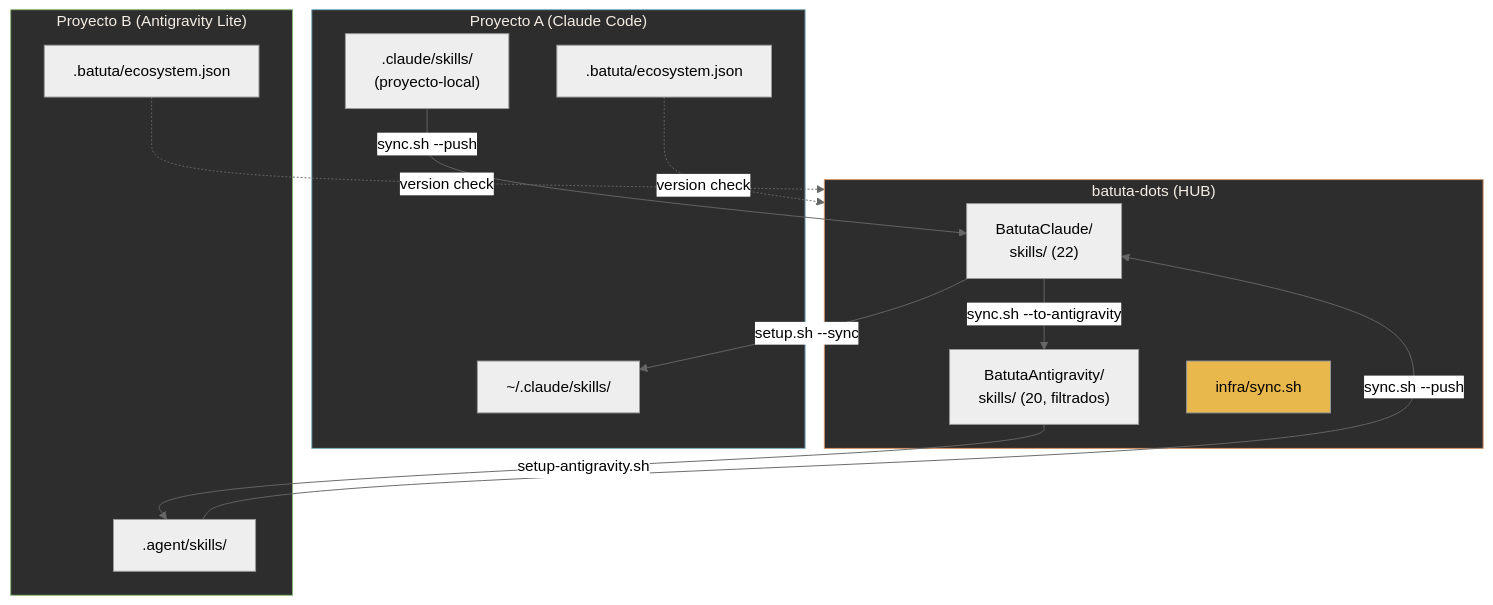
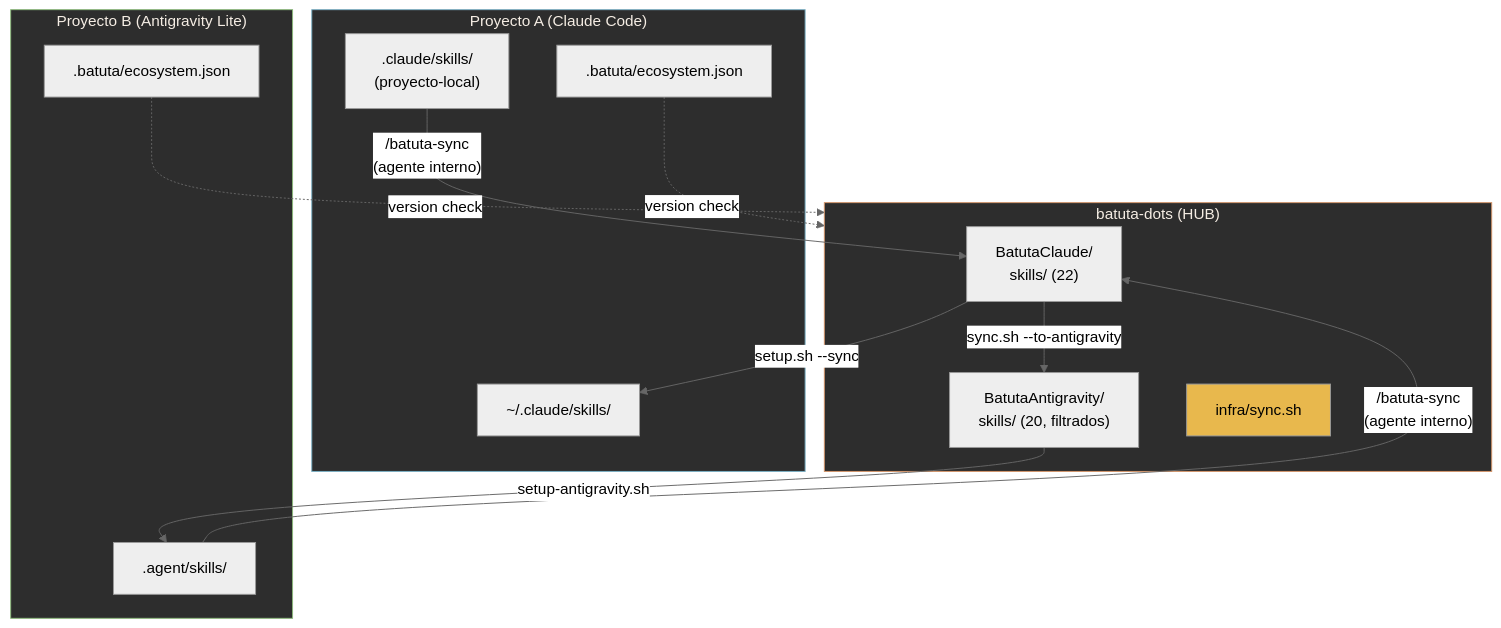
One commit to jota-batuta/batuta-dots changed diagram 22 of 24 in docs/architecture/arquitectura-diagrama.md. Above: the diagram before and after it, drawn with Mermaid (neutral theme). The commit also changed other lines of this file and 21 other files, not shown here.

First line of the commit message:
feat: ecosystem-lifecycle skill, /batuta-sync, self-heal, two-layer config (v12)

````diff
--- a/docs/architecture/arquitectura-diagrama.md
+++ b/docs/architecture/arquitectura-diagrama.md
@@ -805,34 +819,34 @@
 ```mermaid
 flowchart TD
     subgraph HUB["batuta-dots (HUB)"]
         BC["BatutaClaude/<br/>skills/ (22)"]
         BA["BatutaAntigravity/<br/>skills/ (20, filtrados)"]
         SYNC["infra/sync.sh"]
     end
 
     subgraph SPOKE_CLAUDE["Proyecto A (Claude Code)"]
         PC_SKILLS["~/.claude/skills/"]
         PC_LOCAL[".claude/skills/<br/>(proyecto-local)"]
         PC_ECO[".batuta/ecosystem.json"]
     end
 
     subgraph SPOKE_ANTIGRAVITY["Proyecto B (Antigravity Lite)"]
         PA_SKILLS[".agent/skills/"]
         PA_ECO[".batuta/ecosystem.json"]
     end
 
     BC -->|"setup.sh --sync"| PC_SKILLS
     BC -->|"sync.sh --to-antigravity"| BA
     BA -->|"setup-antigravity.sh"| PA_SKILLS
 
-    PC_LOCAL -->|"sync.sh --push"| BC
-    PA_SKILLS -->|"sync.sh --push"| BC
+    PC_LOCAL -->|"/batuta-sync<br/>(agente interno)"| BC
+    PA_SKILLS -->|"/batuta-sync<br/>(agente interno)"| BC
 
     PC_ECO -.->|"version check"| HUB
     PA_ECO -.->|"version check"| HUB
 
     style HUB fill:#2d2d2d,stroke:#D4956A,color:#F5EDE4
     style SPOKE_CLAUDE fill:#2d2d2d,stroke:#7AAFC4,color:#F5EDE4
     style SPOKE_ANTIGRAVITY fill:#2d2d2d,stroke:#8BB87A,color:#F5EDE4
     style SYNC fill:#E8B84D,color:#000
 ```
````
